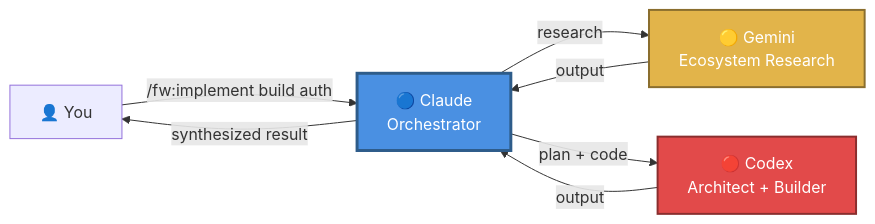
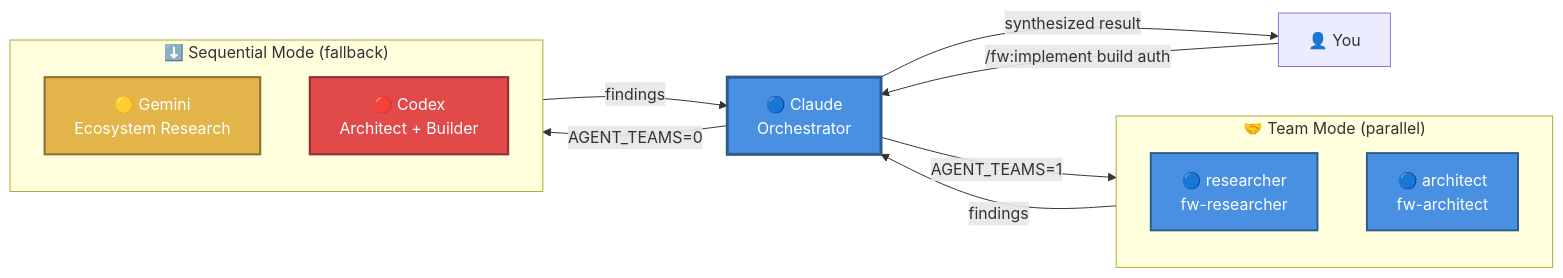
Before and after one commit to GmedAli/flywheel-plugin: the first of 2 diagrams in README.md, drawn with Mermaid. The commit also changed other lines of this file and 15 other files, not shown here.

First line of the commit message:
feat: Implement agent teams for parallel workflows in Flywheel commands

````diff
--- a/README.md
+++ b/README.md
@@ -16,13 +16,26 @@
 ```mermaid
 flowchart LR
     You["👤 You"] -->|"/fw:implement build auth"| Claude["🔵 Claude\nOrchestrator"]
-    Claude -->|"research"| Gemini["🟡 Gemini\nEcosystem Research"]
-    Claude -->|"plan + code"| Codex["🔴 Codex\nArchitect + Builder"]
-    Codex -->|"output"| Claude
-    Gemini -->|"output"| Claude
+
+    subgraph TeamMode["🤝 Team Mode (parallel)"]
+        Researcher["🔵 researcher\nfw-researcher"]
+        Architect["🔵 architect\nfw-architect"]
+    end
+
+    subgraph SeqMode["⬇️ Sequential Mode (fallback)"]
+        Gemini["🟡 Gemini\nEcosystem Research"]
+        Codex["🔴 Codex\nArchitect + Builder"]
+    end
+
+    Claude -->|"AGENT_TEAMS=1"| TeamMode
+    Claude -->|"AGENT_TEAMS=0"| SeqMode
+    TeamMode -->|"findings"| Claude
+    SeqMode -->|"findings"| Claude
     Claude -->|"synthesized result"| You
 
     style Claude fill:#4A90E2,stroke:#2E5C8A,stroke-width:3px,color:#fff
     style Codex fill:#E24A4A,stroke:#8A2E2E,stroke-width:2px,color:#fff
     style Gemini fill:#E2B44A,stroke:#8A6E2E,stroke-width:2px,color:#fff
+    style Researcher fill:#4A90E2,stroke:#2E5C8A,stroke-width:2px,color:#fff
+    style Architect fill:#4A90E2,stroke:#2E5C8A,stroke-width:2px,color:#fff
 ```
````
